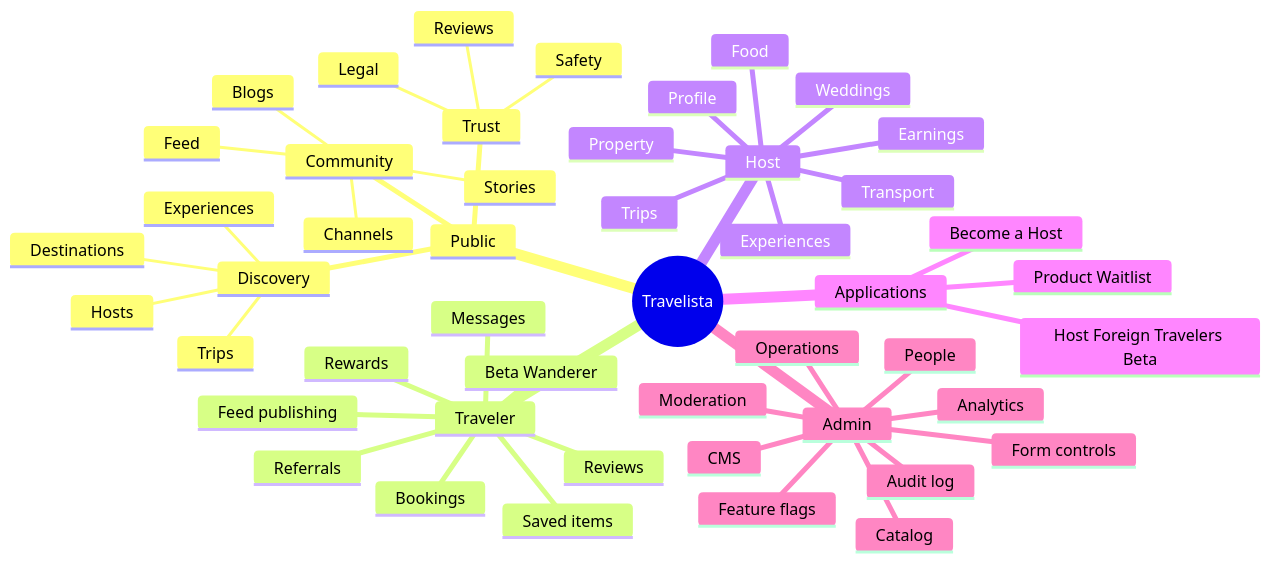
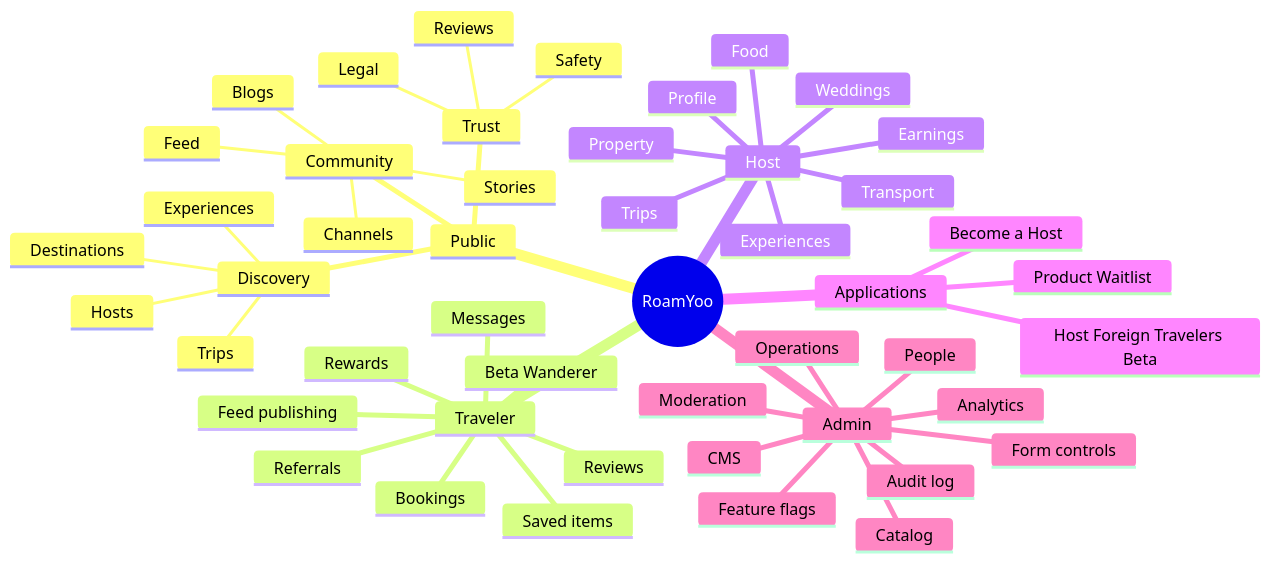
Before and after one commit to NerdGeekLab1/local-heart-indiatech: the third of 3 diagrams in PLATFORM_DOCUMENTATION.md, drawn with Mermaid. The commit also changed other lines of this file and 38 other files, not shown here.

````diff
--- a/PLATFORM_DOCUMENTATION.md
+++ b/PLATFORM_DOCUMENTATION.md
@@ -279,51 +279,51 @@
 ```mermaid
 mindmap
-  root((Travelista))
+  root((RoamYoo))
     Public
       Discovery
         Destinations
         Experiences
         Trips
         Hosts
       Community
         Feed
         Stories
         Blogs
         Channels
       Trust
         Reviews
         Safety
         Legal
     Traveler
       Bookings
       Saved items
       Messages
       Reviews
       Rewards
       Referrals
       Feed publishing
       Beta Wanderer
     Host
       Profile
       Experiences
       Property
       Transport
       Food
       Trips
       Weddings
       Earnings
     Applications
       Become a Host
       Host Foreign Travelers Beta
       Product Waitlist
     Admin
       People
       Catalog
       Operations
       Moderation
       CMS
       Analytics
       Form controls
       Feature flags
       Audit log
 ```
````
